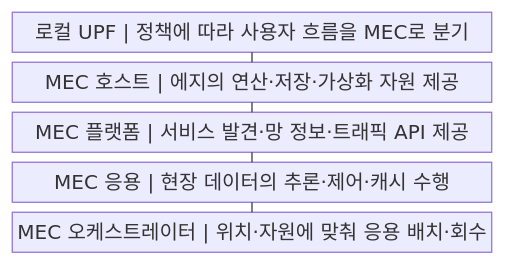
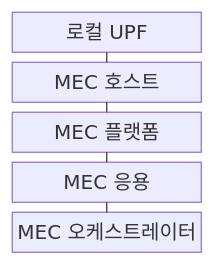
The first of 2 diagrams in src/content/docs/notes/04-network/046_mobile_edge_computing.md (agnusdei1207/knowledge-base), drawn with Mermaid before and after one commit. The commit also changed 122 other files, not shown here.

````diff
--- a/src/content/docs/notes/04-network/046_mobile_edge_computing.md
+++ b/src/content/docs/notes/04-network/046_mobile_edge_computing.md
@@ -54,13 +54,13 @@
 ```mermaid
-block
+block-beta
     columns 1
-    A["로컬 UPF | 정책에 따라 사용자 흐름을 MEC로 분기"]
-    B["MEC 호스트 | 에지의 연산·저장·가상화 자원 제공"]
-    C["MEC 플랫폼 | 서비스 발견·망 정보·트래픽 API 제공"]
-    D["MEC 응용 | 현장 데이터의 추론·제어·캐시 수행"]
-    E["MEC 오케스트레이터 | 위치·자원에 맞춰 응용 배치·회수"]
+    A["로컬 UPF"]
+    B["MEC 호스트"]
+    C["MEC 플랫폼"]
+    D["MEC 응용"]
+    E["MEC 오케스트레이터"]
     A --- B
     B --- C
     C --- D
     D --- E
 ```
````
